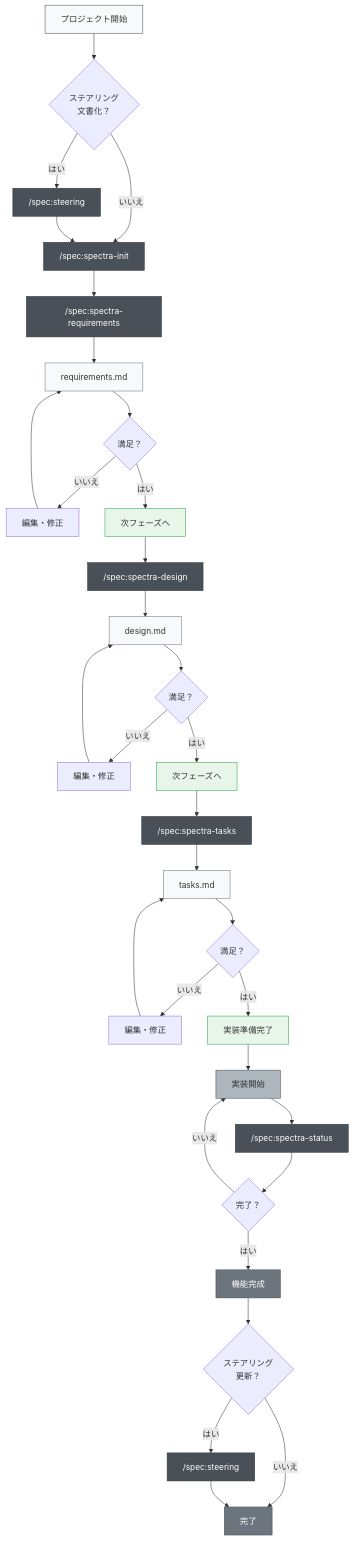
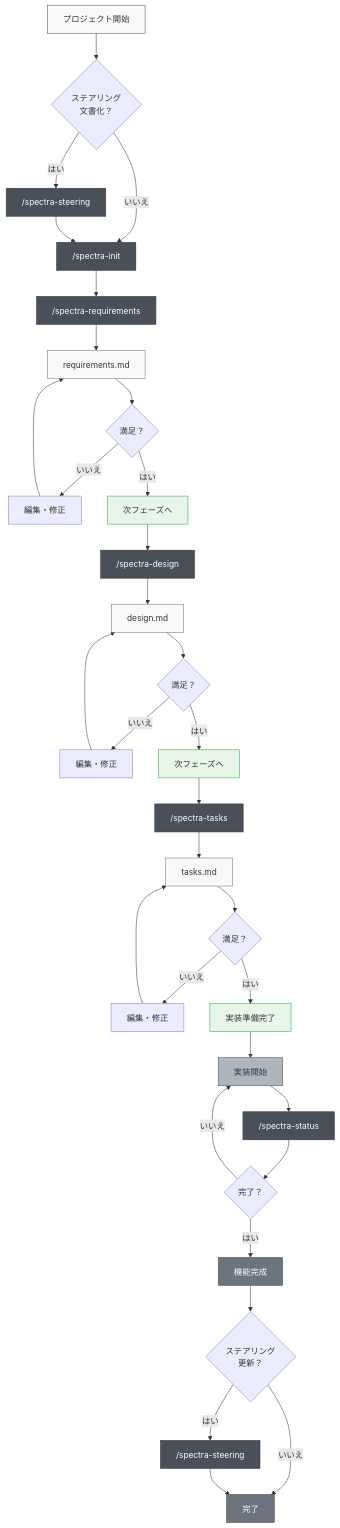
One commit to nekolife1984/spectra changed the first of 2 diagrams in docs/README/README_ja.md. Above: the diagram before and after it, drawn with Mermaid. The commit also changed other lines of this file and 30 other files, not shown here.

````diff
--- a/docs/README/README_ja.md
+++ b/docs/README/README_ja.md
@@ -142,58 +142,58 @@
 ```mermaid
 graph TD
     A["プロジェクト開始"] --> B{"ステアリング<br/>文書化？"}
-    B -->|はい| C["/spec:steering"]
-    B -->|いいえ| D["/spec:spectra-init"]
+    B -->|はい| C["/spectra-steering"]
+    B -->|いいえ| D["/spectra-init"]
     C --> D
     
-    D --> E["/spec:spectra-requirements"]
+    D --> E["/spectra-requirements"]
     E --> F["requirements.md"]
     F --> G{"満足？"}
     G -->|いいえ| G1["編集・修正"]
     G1 --> F
     G -->|はい| H["次フェーズへ"]
     
-    H --> I["/spec:spectra-design"]
+    H --> I["/spectra-design"]
     I --> J["design.md"]
     J --> K{"満足？"}
     K -->|いいえ| K1["編集・修正"]
     K1 --> J
     K -->|はい| L["次フェーズへ"]
     
-    L --> M["/spec:spectra-tasks"]
+    L --> M["/spectra-tasks"]
     M --> N["tasks.md"]
     N --> O{"満足？"}
     O -->|いいえ| O1["編集・修正"]
     O1 --> N
     O -->|はい| P["実装準備完了"]
     
     P --> Q["実装開始"]
-    Q --> R["/spec:spectra-status"]
+    Q --> R["/spectra-status"]
     R --> S{"完了？"}
     S -->|いいえ| Q
     S -->|はい| T["機能完成"]
     
     T --> U{"ステアリング<br/>更新？"}
-    U -->|はい| V["/spec:steering"]
+    U -->|はい| V["/spectra-steering"]
     U -->|いいえ| W["完了"]
     V --> W
     
     %% スタイル定義
     style A fill:#f8f9fa,stroke:#495057
     style C fill:#495057,stroke:#343a40,color:#ffffff
     style D fill:#495057,stroke:#343a40,color:#ffffff
     style E fill:#495057,stroke:#343a40,color:#ffffff
     style I fill:#495057,stroke:#343a40,color:#ffffff
     style M fill:#495057,stroke:#343a40,color:#ffffff
     style R fill:#495057,stroke:#343a40,color:#ffffff
     style V fill:#495057,stroke:#343a40,color:#ffffff
     style F fill:#f8f9fa,stroke:#6c757d
     style J fill:#f8f9fa,stroke:#6c757d
     style N fill:#f8f9fa,stroke:#6c757d
     style H fill:#e8f5e9,stroke:#28a745
     style L fill:#e8f5e9,stroke:#28a745
     style P fill:#e8f5e9,stroke:#28a745
     style Q fill:#adb5bd,stroke:#495057
     style T fill:#6c757d,stroke:#495057,color:#ffffff
     style W fill:#6c757d,stroke:#495057,color:#ffffff
 ```
````
